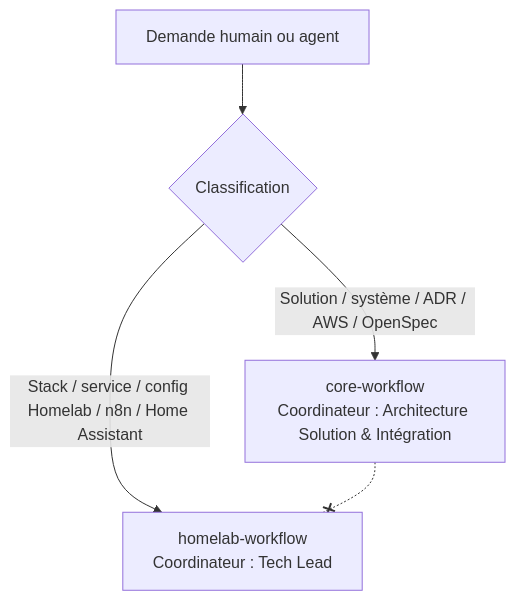
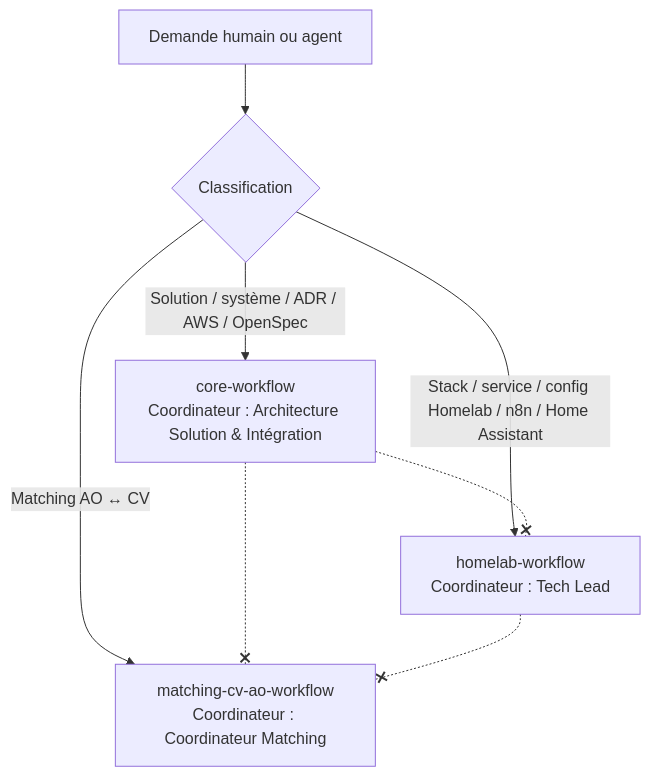
Before and after one commit to Gsyltc/homelab-portfolio: the diagram in AGENTS.md, drawn with Mermaid. The commit also changed other lines of this file and 19 other files, not shown here.

First line of the commit message:
feat(workflows): add matching AO ↔ CV workflow (AUQU-6)

````diff
--- a/AGENTS.md
+++ b/AGENTS.md
@@ -77,7 +82,10 @@
 ```mermaid
 flowchart TD
     D[Demande humain ou agent] --> R{Classification}
     R -->|Solution / système / ADR / AWS / OpenSpec| C[core-workflow<br/>Coordinateur : Architecture Solution & Intégration]
     R -->|Stack / service / config Homelab / n8n / Home Assistant| H[homelab-workflow<br/>Coordinateur : Tech Lead]
+    R -->|Matching AO ↔ CV| M[matching-cv-ao-workflow<br/>Coordinateur : Coordinateur Matching]
     C -.-x H
+    C -.-x M
+    H -.-x M
 ```
````
